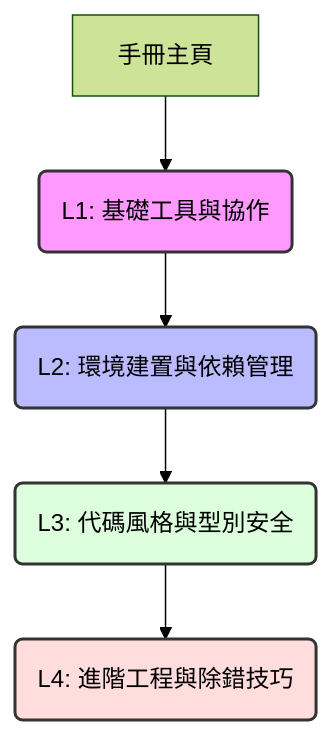
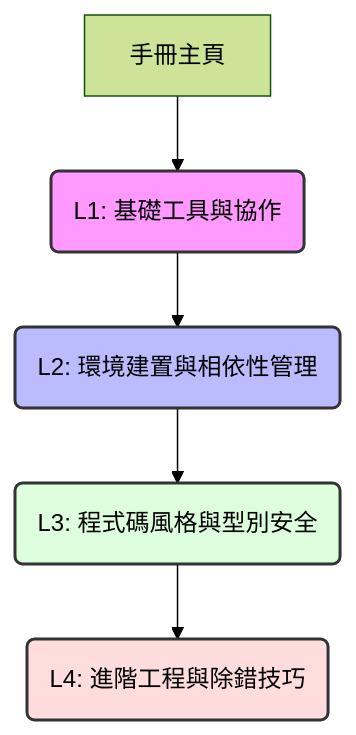
Before and after one commit to AGILAB-NTNU/AGILAB_Software_Lab_Guide: the diagram in docs/zh/appendix/index.md, drawn with Mermaid (forest theme). The commit also changed other lines of this file and 6 other files, not shown here.

````diff
--- a/docs/zh/appendix/index.md
+++ b/docs/zh/appendix/index.md
@@ -11,12 +11,12 @@
 ```mermaid
 graph TD
     A[手冊主頁] --> B(L1: 基礎工具與協作)
-    B --> C(L2: 環境建置與依賴管理)
-    C --> D(L3: 代碼風格與型別安全)
+    B --> C(L2: 環境建置與相依性管理)
+    C --> D(L3: 程式碼風格與型別安全)
     D --> E(L4: 進階工程與除錯技巧)
 
     style B fill:#f9f,stroke:#333,stroke-width:2px
     style C fill:#bbf,stroke:#333,stroke-width:2px
     style D fill:#dfd,stroke:#333,stroke-width:2px
     style E fill:#fdd,stroke:#333,stroke-width:2px
 ```
````
